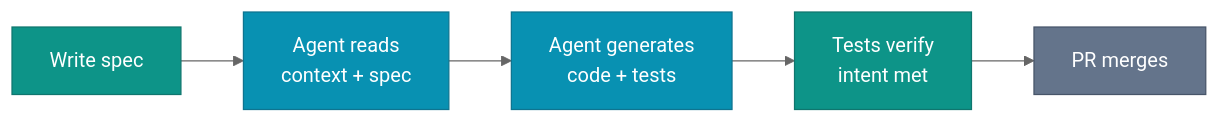
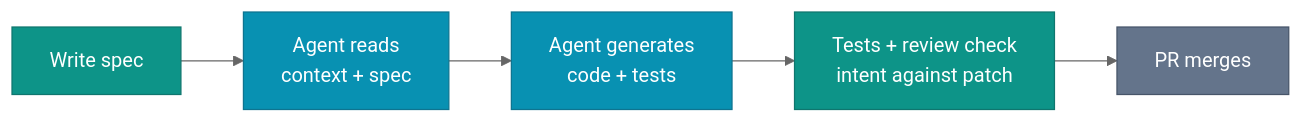
The second of 2 diagrams in content/overview.md (intent-engineering-for-coding-agents/book), drawn with Mermaid (neutral theme) before and after one commit. The commit also changed other lines of this file and 25 other files, not shown here.

````diff
--- a/content/overview.md
+++ b/content/overview.md
@@ -41,14 +41,14 @@
 ```mermaid
 flowchart LR
     classDef you fill:#0d9488,stroke:#0f766e,color:#fff
     classDef agent fill:#0891b2,stroke:#0e7490,color:#fff
     classDef gate fill:#64748b,stroke:#475569,color:#fff
 
     W["Write spec"]:::you
     R["Agent reads<br>context + spec"]:::agent
     C["Agent generates<br>code + tests"]:::agent
-    V["Tests verify<br>intent met"]:::you
+    V["Tests + review check<br>intent against patch"]:::you
     P["PR merges"]:::gate
 
     W --> R --> C --> V --> P
 ```
````
